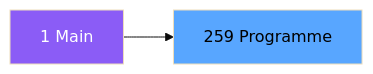
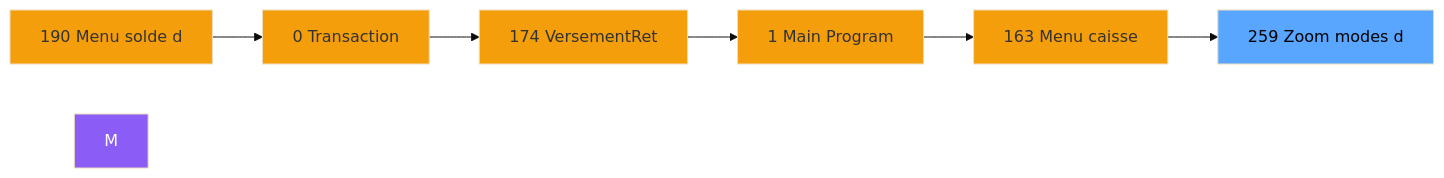
Before and after one commit to thonyAGP/magic-migration: the second of 3 diagrams in .openspec/specs/ADH-IDE-259.md, drawn with Mermaid (base theme). The commit also changed other lines of this file and 323 other files, not shown here.

````diff
--- a/.openspec/specs/ADH-IDE-259.md
+++ b/.openspec/specs/ADH-IDE-259.md
@@ -98,8 +116,21 @@
 ```mermaid
 graph LR
-    M[1 Main]
-    T[259 Programme]
-    M --> T
+    N190[190 Menu solde d]
+    N0[0 Transaction ]
+    N174[174 VersementRet]
+    N1[1 Main Program]
+    N163[163 Menu caisse ]
+    T[259 Zoom modes d]
+    N190 --> N0
+    N0 --> N174
+    N174 --> N1
+    N1 --> N163
+    N163 --> T
     style M fill:#8b5cf6,color:#fff
+    style N190 fill:#f59e0b
+    style N0 fill:#f59e0b
+    style N174 fill:#f59e0b
+    style N1 fill:#f59e0b
+    style N163 fill:#f59e0b
     style T fill:#58a6ff,color:#000
 ```
````
